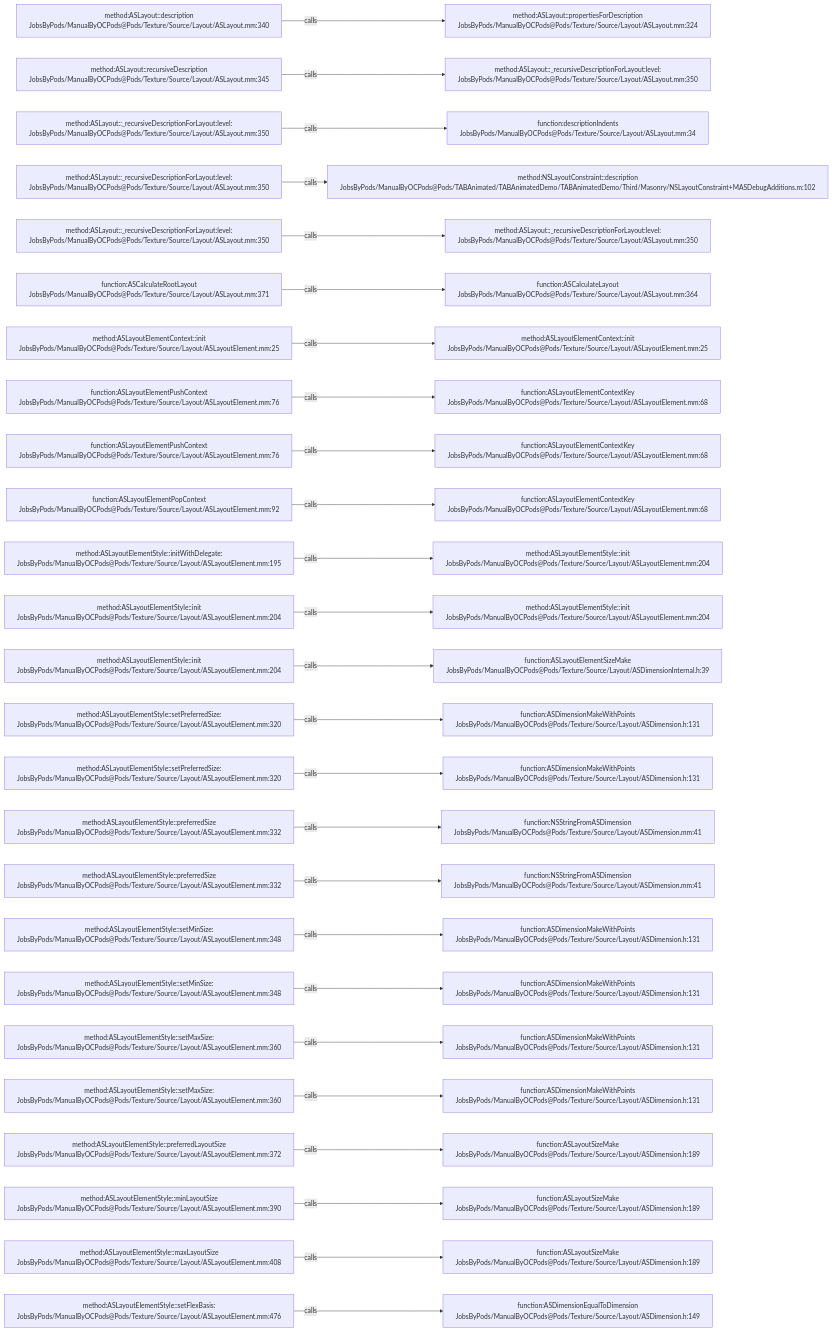
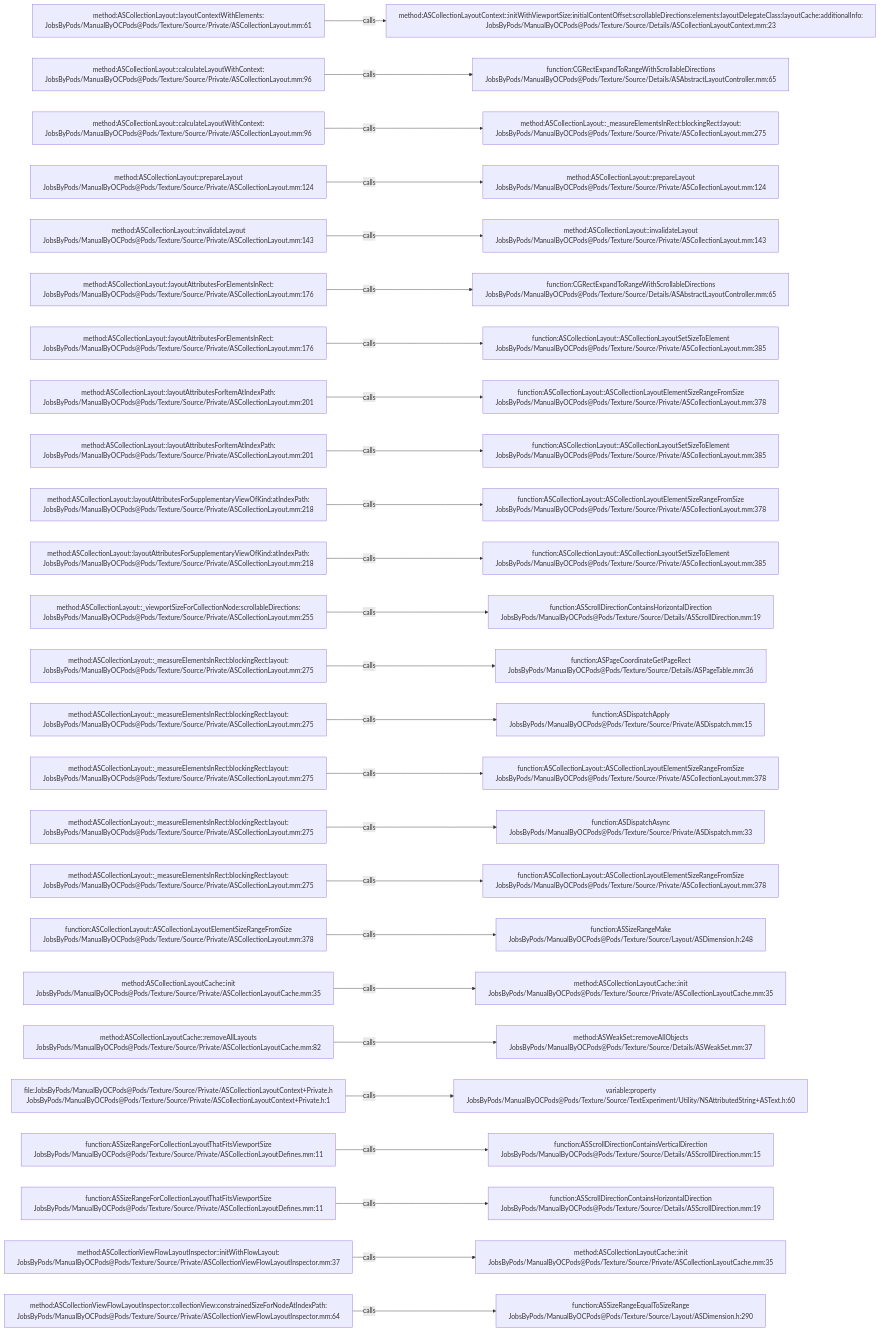
Before and after one commit to JobsKits/JobsOCBaseConfigDemo: the diagram in .codegraph/codegraph.md/graphs/calls-177.md, drawn with Mermaid. The commit also changed 1448 other files, not shown here.

````diff
--- a/.codegraph/codegraph.md/graphs/calls-177.md
+++ b/.codegraph/codegraph.md/graphs/calls-177.md
@@ -13,78 +13,78 @@
 ```mermaid
 flowchart LR
-  S1["method:ASLayout::description<br/>JobsByPods/ManualByOCPods@Pods/Texture/Source/Layout/ASLayout.mm:340"]
-  T1["method:ASLayout::propertiesForDescription<br/>JobsByPods/ManualByOCPods@Pods/Texture/Source/Layout/ASLayout.mm:324"]
+  S1["method:ASCollectionLayout::layoutContextWithElements:<br/>JobsByPods/ManualByOCPods@Pods/Texture/Source/Private/ASCollectionLayout.mm:61"]
+  T1["method:ASCollectionLayoutContext::initWithViewportSize:initialContentOffset:scrollableDirections:elements:layoutDelegateClass:layoutCache:additionalInfo:<br/>JobsByPods/ManualByOCPods@Pods/Texture/Source/Details/ASCollectionLayoutContext.mm:23"]
   S1 -->|calls| T1
-  S2["method:ASLayout::recursiveDescription<br/>JobsByPods/ManualByOCPods@Pods/Texture/Source/Layout/ASLayout.mm:345"]
-  T2["method:ASLayout::_recursiveDescriptionForLayout:level:<br/>JobsByPods/ManualByOCPods@Pods/Texture/Source/Layout/ASLayout.mm:350"]
+  S2["method:ASCollectionLayout::calculateLayoutWithContext:<br/>JobsByPods/ManualByOCPods@Pods/Texture/Source/Private/ASCollectionLayout.mm:96"]
+  T2["function:CGRectExpandToRangeWithScrollableDirections<br/>JobsByPods/ManualByOCPods@Pods/Texture/Source/Details/ASAbstractLayoutController.mm:65"]
   S2 -->|calls| T2
-  S3["method:ASLayout::_recursiveDescriptionForLayout:level:<br/>JobsByPods/ManualByOCPods@Pods/Texture/Source/Layout/ASLayout.mm:350"]
-  T3["function:descriptionIndents<br/>JobsByPods/ManualByOCPods@Pods/Texture/Source/Layout/ASLayout.mm:34"]
+  S3["method:ASCollectionLayout::calculateLayoutWithContext:<br/>JobsByPods/ManualByOCPods@Pods/Texture/Source/Private/ASCollectionLayout.mm:96"]
+  T3["method:ASCollectionLayout::_measureElementsInRect:blockingRect:layout:<br/>JobsByPods/ManualByOCPods@Pods/Texture/Source/Private/ASCollectionLayout.mm:275"]
   S3 -->|calls| T3
-  S4["method:ASLayout::_recursiveDescriptionForLayout:level:<br/>JobsByPods/ManualByOCPods@Pods/Texture/Source/Layout/ASLayout.mm:350"]
-  T4["method:NSLayoutConstraint::description<br/>JobsByPods/ManualByOCPods@Pods/TABAnimated/TABAnimatedDemo/TABAnimatedDemo/Third/Masonry/NSLayoutConstraint+MASDebugAdditions.m:102"]
+  S4["method:ASCollectionLayout::prepareLayout<br/>JobsByPods/ManualByOCPods@Pods/Texture/Source/Private/ASCollectionLayout.mm:124"]
+  T4["method:ASCollectionLayout::prepareLayout<br/>JobsByPods/ManualByOCPods@Pods/Texture/Source/Private/ASCollectionLayout.mm:124"]
   S4 -->|calls| T4
-  S5["method:ASLayout::_recursiveDescriptionForLayout:level:<br/>JobsByPods/ManualByOCPods@Pods/Texture/Source/Layout/ASLayout.mm:350"]
-  T5["method:ASLayout::_recursiveDescriptionForLayout:level:<br/>JobsByPods/ManualByOCPods@Pods/Texture/Source/Layout/ASLayout.mm:350"]
+  S5["method:ASCollectionLayout::invalidateLayout<br/>JobsByPods/ManualByOCPods@Pods/Texture/Source/Private/ASCollectionLayout.mm:143"]
+  T5["method:ASCollectionLayout::invalidateLayout<br/>JobsByPods/ManualByOCPods@Pods/Texture/Source/Private/ASCollectionLayout.mm:143"]
   S5 -->|calls| T5
-  S6["function:ASCalculateRootLayout<br/>JobsByPods/ManualByOCPods@Pods/Texture/Source/Layout/ASLayout.mm:371"]
-  T6["function:ASCalculateLayout<br/>JobsByPods/ManualByOCPods@Pods/Texture/Source/Layout/ASLayout.mm:364"]
+  S6["method:ASCollectionLayout::layoutAttributesForElementsInRect:<br/>JobsByPods/ManualByOCPods@Pods/Texture/Source/Private/ASCollectionLayout.mm:176"]
+  T6["function:CGRectExpandToRangeWithScrollableDirections<br/>JobsByPods/ManualByOCPods@Pods/Texture/Source/Details/ASAbstractLayoutController.mm:65"]
   S6 -->|calls| T6
-  S7["method:ASLayoutElementContext::init<br/>JobsByPods/ManualByOCPods@Pods/Texture/Source/Layout/ASLayoutElement.mm:25"]
-  T7["method:ASLayoutElementContext::init<br/>JobsByPods/ManualByOCPods@Pods/Texture/Source/Layout/ASLayoutElement.mm:25"]
+  S7["method:ASCollectionLayout::layoutAttributesForElementsInRect:<br/>JobsByPods/ManualByOCPods@Pods/Texture/Source/Private/ASCollectionLayout.mm:176"]
+  T7["function:ASCollectionLayout::ASCollectionLayoutSetSizeToElement<br/>JobsByPods/ManualByOCPods@Pods/Texture/Source/Private/ASCollectionLayout.mm:385"]
   S7 -->|calls| T7
-  S8["function:ASLayoutElementPushContext<br/>JobsByPods/ManualByOCPods@Pods/Texture/Source/Layout/ASLayoutElement.mm:76"]
-  T8["function:ASLayoutElementContextKey<br/>JobsByPods/ManualByOCPods@Pods/Texture/Source/Layout/ASLayoutElement.mm:68"]
+  S8["method:ASCollectionLayout::layoutAttributesForItemAtIndexPath:<br/>JobsByPods/ManualByOCPods@Pods/Texture/Source/Private/ASCollectionLayout.mm:201"]
+  T8["function:ASCollectionLayout::ASCollectionLayoutElementSizeRangeFromSize<br/>JobsByPods/ManualByOCPods@Pods/Texture/Source/Private/ASCollectionLayout.mm:378"]
   S8 -->|calls| T8
-  S9["function:ASLayoutElementPushContext<br/>JobsByPods/ManualByOCPods@Pods/Texture/Source/Layout/ASLayoutElement.mm:76"]
-  T9["function:ASLayoutElementContextKey<br/>JobsByPods/ManualByOCPods@Pods/Texture/Source/Layout/ASLayoutElement.mm:68"]
+  S9["method:ASCollectionLayout::layoutAttributesForItemAtIndexPath:<br/>JobsByPods/ManualByOCPods@Pods/Texture/Source/Private/ASCollectionLayout.mm:201"]
+  T9["function:ASCollectionLayout::ASCollectionLayoutSetSizeToElement<br/>JobsByPods/ManualByOCPods@Pods/Texture/Source/Private/ASCollectionLayout.mm:385"]
   S9 -->|calls| T9
-  S10["function:ASLayoutElementPopContext<br/>JobsByPods/ManualByOCPods@Pods/Texture/Source/Layout/ASLayoutElement.mm:92"]
-  T10["function:ASLayoutElementContextKey<br/>JobsByPods/ManualByOCPods@Pods/Texture/Source/Layout/ASLayoutElement.mm:68"]
+  S10["method:ASCollectionLayout::layoutAttributesForSupplementaryViewOfKind:atIndexPath:<br/>JobsByPods/ManualByOCPods@Pods/Texture/Source/Private/ASCollectionLayout.mm:218"]
+  T10["function:ASCollectionLayout::ASCollectionLayoutElementSizeRangeFromSize<br/>JobsByPods/ManualByOCPods@Pods/Texture/Source/Private/ASCollectionLayout.mm:378"]
   S10 -->|calls| T10
-  S11["method:ASLayoutElementStyle::initWithDelegate:<br/>JobsByPods/ManualByOCPods@Pods/Texture/Source/Layout/ASLayoutElement.mm:195"]
-  T11["method:ASLayoutElementStyle::init<br/>JobsByPods/ManualByOCPods@Pods/Texture/Source/Layout/ASLayoutElement.mm:204"]
+  S11["method:ASCollectionLayout::layoutAttributesForSupplementaryViewOfKind:atIndexPath:<br/>JobsByPods/ManualByOCPods@Pods/Texture/Source/Private/ASCollectionLayout.mm:218"]
+  T11["function:ASCollectionLayout::ASCollectionLayoutSetSizeToElement<br/>JobsByPods/ManualByOCPods@Pods/Texture/Source/Private/ASCollectionLayout.mm:385"]
   S11 -->|calls| T11
-  S12["method:ASLayoutElementStyle::init<br/>JobsByPods/ManualByOCPods@Pods/Texture/Source/Layout/ASLayoutElement.mm:204"]
-  T12["method:ASLayoutElementStyle::init<br/>JobsByPods/ManualByOCPods@Pods/Texture/Source/Layout/ASLayoutElement.mm:204"]
+  S12["method:ASCollectionLayout::_viewportSizeForCollectionNode:scrollableDirections:<br/>JobsByPods/ManualByOCPods@Pods/Texture/Source/Private/ASCollectionLayout.mm:255"]
+  T12["function:ASScrollDirectionContainsHorizontalDirection<br/>JobsByPods/ManualByOCPods@Pods/Texture/Source/Details/ASScrollDirection.mm:19"]
   S12 -->|calls| T12
-  S13["method:ASLayoutElementStyle::init<br/>JobsByPods/ManualByOCPods@Pods/Texture/Source/Layout/ASLayoutElement.mm:204"]
-  T13["function:ASLayoutElementSizeMake<br/>JobsByPods/ManualByOCPods@Pods/Texture/Source/Layout/ASDimensionInternal.h:39"]
+  S13["method:ASCollectionLayout::_measureElementsInRect:blockingRect:layout:<br/>JobsByPods/ManualByOCPods@Pods/Texture/Source/Private/ASCollectionLayout.mm:275"]
+  T13["function:ASPageCoordinateGetPageRect<br/>JobsByPods/ManualByOCPods@Pods/Texture/Source/Details/ASPageTable.mm:36"]
   S13 -->|calls| T13
-  S14["method:ASLayoutElementStyle::setPreferredSize:<br/>JobsByPods/ManualByOCPods@Pods/Texture/Source/Layout/ASLayoutElement.mm:320"]
-  T14["function:ASDimensionMakeWithPoints<br/>JobsByPods/ManualByOCPods@Pods/Texture/Source/Layout/ASDimension.h:131"]
+  S14["method:ASCollectionLayout::_measureElementsInRect:blockingRect:layout:<br/>JobsByPods/ManualByOCPods@Pods/Texture/Source/Private/ASCollectionLayout.mm:275"]
+  T14["function:ASDispatchApply<br/>JobsByPods/ManualByOCPods@Pods/Texture/Source/Private/ASDispatch.mm:15"]
   S14 -->|calls| T14
-  S15["method:ASLayoutElementStyle::setPreferredSize:<br/>JobsByPods/ManualByOCPods@Pods/Texture/Source/Layout/ASLayoutElement.mm:320"]
-  T15["function:ASDimensionMakeWithPoints<br/>JobsByPods/ManualByOCPods@Pods/Texture/Source/Layout/ASDimension.h:131"]
+  S15["method:ASCollectionLayout::_measureElementsInRect:blockingRect:layout:<br/>JobsByPods/ManualByOCPods@Pods/Texture/Source/Private/ASCollectionLayout.mm:275"]
+  T15["function:ASCollectionLayout::ASCollectionLayoutElementSizeRangeFromSize<br/>JobsByPods/ManualByOCPods@Pods/Texture/Source/Private/ASCollectionLayout.mm:378"]
   S15 -->|calls| T15
-  S16["method:ASLayoutElementStyle::preferredSize<br/>JobsByPods/ManualByOCPods@Pods/Texture/Source/Layout/ASLayoutElement.mm:332"]
-  T16["function:NSStringFromASDimension<br/>JobsByPods/ManualByOCPods@Pods/Texture/Source/Layout/ASDimension.mm:41"]
+  S16["method:ASCollectionLayout::_measureElementsInRect:blockingRect:layout:<br/>JobsByPods/ManualByOCPods@Pods/Texture/Source/Private/ASCollectionLayout.mm:275"]
+  T16["function:ASDispatchAsync<br/>JobsByPods/ManualByOCPods@Pods/Texture/Source/Private/ASDispatch.mm:33"]
   S16 -->|calls| T16
-  S17["method:ASLayoutElementStyle::preferredSize<br/>JobsByPods/ManualByOCPods@Pods/Texture/Source/Layout/ASLayoutElement.mm:332"]
-  T17["function:NSStringFromASDimension<br/>JobsByPods/ManualByOCPods@Pods/Texture/Source/Layout/ASDimension.mm:41"]
+  S17["method:ASCollectionLayout::_measureElementsInRect:blockingRect:layout:<br/>JobsByPods/ManualByOCPods@Pods/Texture/Source/Private/ASCollectionLayout.mm:275"]
+  T17["function:ASCollectionLayout::ASCollectionLayoutElementSizeRangeFromSize<br/>JobsByPods/ManualByOCPods@Pods/Texture/Source/Private/ASCollectionLayout.mm:378"]
   S17 -->|calls| T17
-  S18["method:ASLayoutElementStyle::setMinSize:<br/>JobsByPods/ManualByOCPods@Pods/Texture/Source/Layout/ASLayoutElement.mm:348"]
-  T18["function:ASDimensionMakeWithPoints<br/>JobsByPods/ManualByOCPods@Pods/Texture/Source/Layout/ASDimension.h:131"]
+  S18["function:ASCollectionLayout::ASCollectionLayoutElementSizeRangeFromSize<br/>JobsByPods/ManualByOCPods@Pods/Texture/Source/Private/ASCollectionLayout.mm:378"]
+  T18["function:ASSizeRangeMake<br/>JobsByPods/ManualByOCPods@Pods/Texture/Source/Layout/ASDimension.h:248"]
   S18 -->|calls| T18
-  S19["method:ASLayoutElementStyle::setMinSize:<br/>JobsByPods/ManualByOCPods@Pods/Texture/Source/Layout/ASLayoutElement.mm:348"]
-  T19["function:ASDimensionMakeWithPoints<br/>JobsByPods/ManualByOCPods@Pods/Texture/Source/Layout/ASDimension.h:131"]
+  S19["method:ASCollectionLayoutCache::init<br/>JobsByPods/ManualByOCPods@Pods/Texture/Source/Private/ASCollectionLayoutCache.mm:35"]
+  T19["method:ASCollectionLayoutCache::init<br/>JobsByPods/ManualByOCPods@Pods/Texture/Source/Private/ASCollectionLayoutCache.mm:35"]
   S19 -->|calls| T19
-  S20["method:ASLayoutElementStyle::setMaxSize:<br/>JobsByPods/ManualByOCPods@Pods/Texture/Source/Layout/ASLayoutElement.mm:360"]
-  T20["function:ASDimensionMakeWithPoints<br/>JobsByPods/ManualByOCPods@Pods/Texture/Source/Layout/ASDimension.h:131"]
+  S20["method:ASCollectionLayoutCache::removeAllLayouts<br/>JobsByPods/ManualByOCPods@Pods/Texture/Source/Private/ASCollectionLayoutCache.mm:82"]
+  T20["method:ASWeakSet::removeAllObjects<br/>JobsByPods/ManualByOCPods@Pods/Texture/Source/Details/ASWeakSet.mm:37"]
   S20 -->|calls| T20
-  S21["method:ASLayoutElementStyle::setMaxSize:<br/>JobsByPods/ManualByOCPods@Pods/Texture/Source/Layout/ASLayoutElement.mm:360"]
-  T21["function:ASDimensionMakeWithPoints<br/>JobsByPods/ManualByOCPods@Pods/Texture/Source/Layout/ASDimension.h:131"]
+  S21["file:JobsByPods/ManualByOCPods@Pods/Texture/Source/Private/ASCollectionLayoutContext+Private.h<br/>JobsByPods/ManualByOCPods@Pods/Texture/Source/Private/ASCollectionLayoutContext+Private.h:1"]
+  T21["variable:property<br/>JobsByPods/ManualByOCPods@Pods/Texture/Source/TextExperiment/Utility/NSAttributedString+ASText.h:60"]
   S21 -->|calls| T21
-  S22["method:ASLayoutElementStyle::preferredLayoutSize<br/>JobsByPods/ManualByOCPods@Pods/Texture/Source/Layout/ASLayoutElement.mm:372"]
-  T22["function:ASLayoutSizeMake<br/>JobsByPods/ManualByOCPods@Pods/Texture/Source/Layout/ASDimension.h:189"]
+  S22["function:ASSizeRangeForCollectionLayoutThatFitsViewportSize<br/>JobsByPods/ManualByOCPods@Pods/Texture/Source/Private/ASCollectionLayoutDefines.mm:11"]
+  T22["function:ASScrollDirectionContainsVerticalDirection<br/>JobsByPods/ManualByOCPods@Pods/Texture/Source/Details/ASScrollDirection.mm:15"]
   S22 -->|calls| T22
-  S23["method:ASLayoutElementStyle::minLayoutSize<br/>JobsByPods/ManualByOCPods@Pods/Texture/Source/Layout/ASLayoutElement.mm:390"]
-  T23["function:ASLayoutSizeMake<br/>JobsByPods/ManualByOCPods@Pods/Texture/Source/Layout/ASDimension.h:189"]
+  S23["function:ASSizeRangeForCollectionLayoutThatFitsViewportSize<br/>JobsByPods/ManualByOCPods@Pods/Texture/Source/Private/ASCollectionLayoutDefines.mm:11"]
+  T23["function:ASScrollDirectionContainsHorizontalDirection<br/>JobsByPods/ManualByOCPods@Pods/Texture/Source/Details/ASScrollDirection.mm:19"]
   S23 -->|calls| T23
-  S24["method:ASLayoutElementStyle::maxLayoutSize<br/>JobsByPods/ManualByOCPods@Pods/Texture/Source/Layout/ASLayoutElement.mm:408"]
-  T24["function:ASLayoutSizeMake<br/>JobsByPods/ManualByOCPods@Pods/Texture/Source/Layout/ASDimension.h:189"]
+  S24["method:ASCollectionViewFlowLayoutInspector::initWithFlowLayout:<br/>JobsByPods/ManualByOCPods@Pods/Texture/Source/Private/ASCollectionViewFlowLayoutInspector.mm:37"]
+  T24["method:ASCollectionLayoutCache::init<br/>JobsByPods/ManualByOCPods@Pods/Texture/Source/Private/ASCollectionLayoutCache.mm:35"]
   S24 -->|calls| T24
-  S25["method:ASLayoutElementStyle::setFlexBasis:<br/>JobsByPods/ManualByOCPods@Pods/Texture/Source/Layout/ASLayoutElement.mm:476"]
-  T25["function:ASDimensionEqualToDimension<br/>JobsByPods/ManualByOCPods@Pods/Texture/Source/Layout/ASDimension.h:149"]
+  S25["method:ASCollectionViewFlowLayoutInspector::collectionView:constrainedSizeForNodeAtIndexPath:<br/>JobsByPods/ManualByOCPods@Pods/Texture/Source/Private/ASCollectionViewFlowLayoutInspector.mm:64"]
+  T25["function:ASSizeRangeEqualToSizeRange<br/>JobsByPods/ManualByOCPods@Pods/Texture/Source/Layout/ASDimension.h:290"]
   S25 -->|calls| T25
 ```
````
